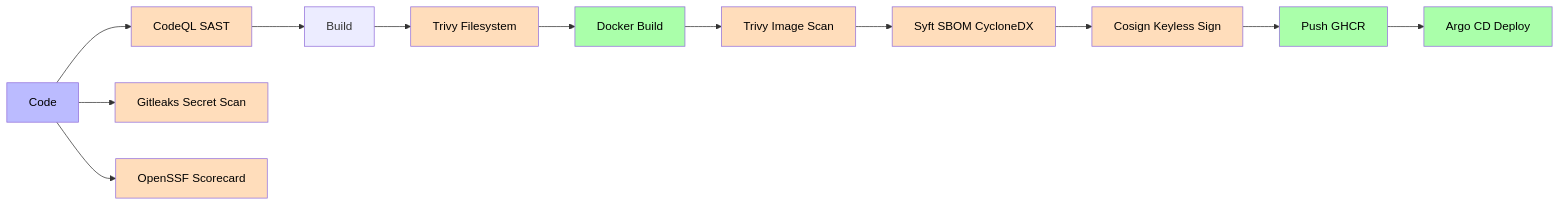
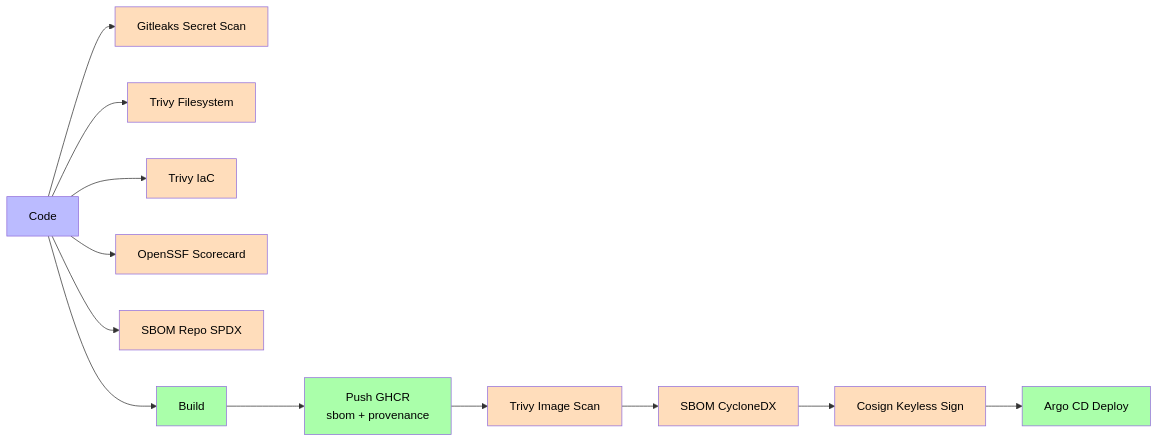
Before and after one commit to AlexAlvarezGallardo-GitHub/Aegis: the first of 2 diagrams in docs/obsidian/05 - Infrastructure/Security & Supply Chain.md, drawn with Mermaid. The commit also changed other lines of this file and 87 other files, not shown here.

````diff
--- a/docs/obsidian/05 - Infrastructure/Security & Supply Chain.md
+++ b/docs/obsidian/05 - Infrastructure/Security & Supply Chain.md
@@ -13,26 +13,27 @@
 ```mermaid
 graph LR
-    C[Code] --> Q[CodeQL SAST]
-    Q --> B[Build]
-    B --> TF[Trivy Filesystem]
-    TF --> D[Docker Build]
-    D --> TI[Trivy Image Scan]
-    TI --> S[Syft SBOM CycloneDX]
+    C[Code] --> GL[Gitleaks Secret Scan]
+    C --> TF[Trivy Filesystem]
+    C --> TI[Trivy IaC]
+    C --> SC[OpenSSF Scorecard]
+    C --> SR[SBOM Repo SPDX]
+    C --> B[Build]
+    B --> P[Push GHCR<br/>sbom + provenance]
+    P --> PI[Trivy Image Scan]
+    PI --> S[SBOM CycloneDX]
     S --> K[Cosign Keyless Sign]
-    K --> P[Push GHCR]
-    P --> G[Argo CD Deploy]
-    C --> GL[Gitleaks Secret Scan]
-    C --> SC[OpenSSF Scorecard]
+    K --> G[Argo CD Deploy]
 
     style C fill:#bbf,color:#000
-    style Q fill:#fdb,color:#000
     style GL fill:#fdb,color:#000
     style TF fill:#fdb,color:#000
     style TI fill:#fdb,color:#000
+    style SC fill:#fdb,color:#000
+    style SR fill:#fdb,color:#000
+    style PI fill:#fdb,color:#000
     style S fill:#fdb,color:#000
     style K fill:#fdb,color:#000
-    style SC fill:#fdb,color:#000
-    style D fill:#afa,color:#000
+    style B fill:#afa,color:#000
     style P fill:#afa,color:#000
     style G fill:#afa,color:#000
 ```
````
